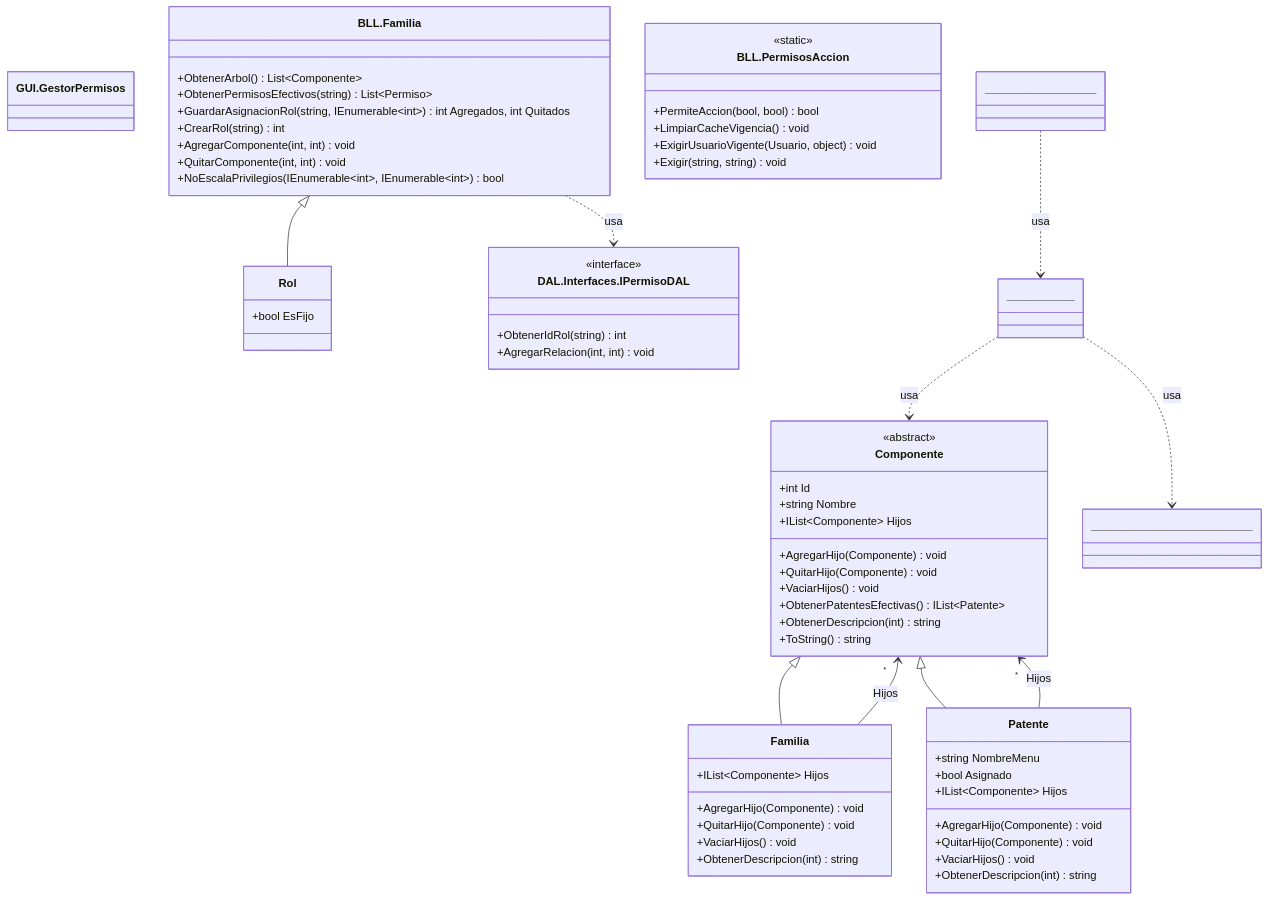
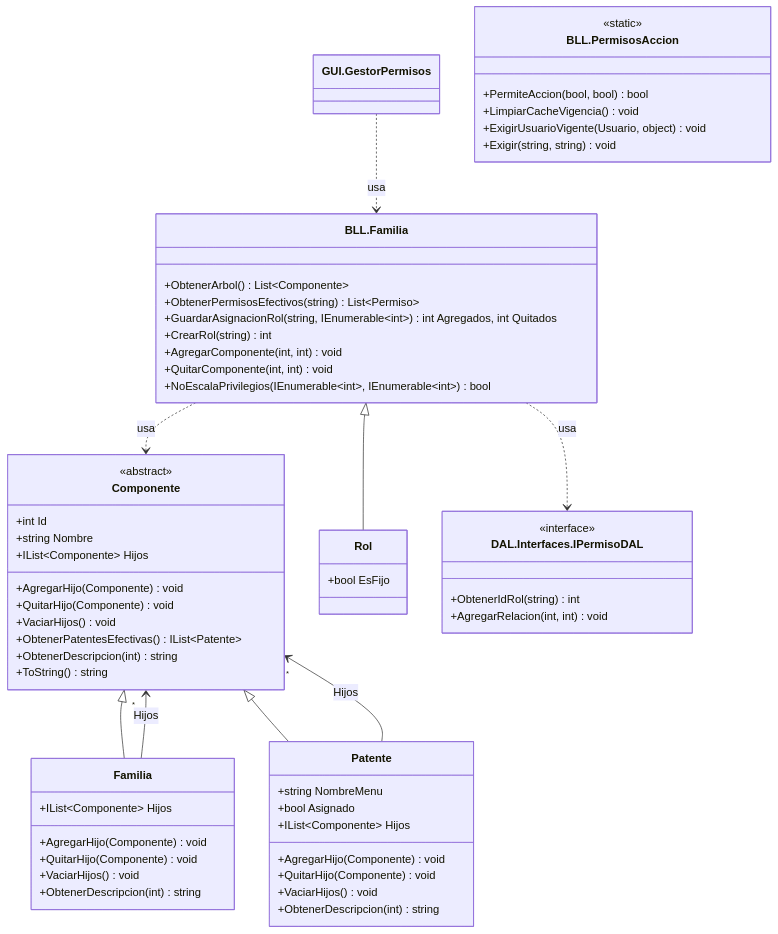
The diagram in docs/diagramas/mermaid/CLASES_T04_perfiles.mmd (valentinamorana/Trabajo-de-Diploma), drawn with Mermaid before and after one commit. The commit also changed 25 other files, not shown here.

```diff
--- a/docs/diagramas/mermaid/CLASES_T04_perfiles.mmd
+++ b/docs/diagramas/mermaid/CLASES_T04_perfiles.mmd
@@ -1,65 +1,64 @@
 classDiagram
   direction TB
   class GUI_GestorPermisos["GUI.GestorPermisos"] {
   }
   class BLL_Familia["BLL.Familia"] {
     +ObtenerArbol() List~Componente~
     +ObtenerPermisosEfectivos(string) List~Permiso~
     +GuardarAsignacionRol(string,  IEnumerable~int~) int Agregados, int Quitados
     +CrearRol(string) int
     +AgregarComponente(int,  int) void
     +QuitarComponente(int,  int) void
     +NoEscalaPrivilegios(IEnumerable~int~,  IEnumerable~int~) bool
   }
   class BLL_PermisosAccion["BLL.PermisosAccion"] {
     <<static>>
     +PermiteAccion(bool,  bool) bool
     +LimpiarCacheVigencia() void
     +ExigirUsuarioVigente(Usuario,  object) void
     +Exigir(string,  string) void
   }
   class Componente {
     <<abstract>>
     +int Id
     +string Nombre
     +IList~Componente~ Hijos
     +AgregarHijo(Componente) void
     +QuitarHijo(Componente) void
     +VaciarHijos() void
     +ObtenerPatentesEfectivas() IList~Patente~
     +ObtenerDescripcion(int) string
     +ToString() string
   }
   class Familia {
     +IList~Componente~ Hijos
     +AgregarHijo(Componente) void
     +QuitarHijo(Componente) void
     +VaciarHijos() void
     +ObtenerDescripcion(int) string
   }
   class Patente {
     +string NombreMenu
     +bool Asignado
     +IList~Componente~ Hijos
     +AgregarHijo(Componente) void
     +QuitarHijo(Componente) void
     +VaciarHijos() void
     +ObtenerDescripcion(int) string
   }
   class Rol {
     +bool EsFijo
   }
   class DAL_Interfaces_IPermisoDAL["DAL.Interfaces.IPermisoDAL"] {
     <<interface>>
     +ObtenerIdRol(string) int
     +AgregarRelacion(int,  int) void
   }
   BLL_Familia ..> DAL_Interfaces_IPermisoDAL : usa
   Componente <|-- Familia
   Familia --> "*" Componente : Hijos
   Componente <|-- Patente
   Patente --> "*" Componente : Hijos
   BLL_Familia <|-- Rol
-  __________________ ..> ___________ : usa
-  ___________ ..> __________________________ : usa
-  ___________ ..> Componente : usa
+  GUI_GestorPermisos ..> BLL_Familia : usa
+  BLL_Familia ..> Componente : usa
```
